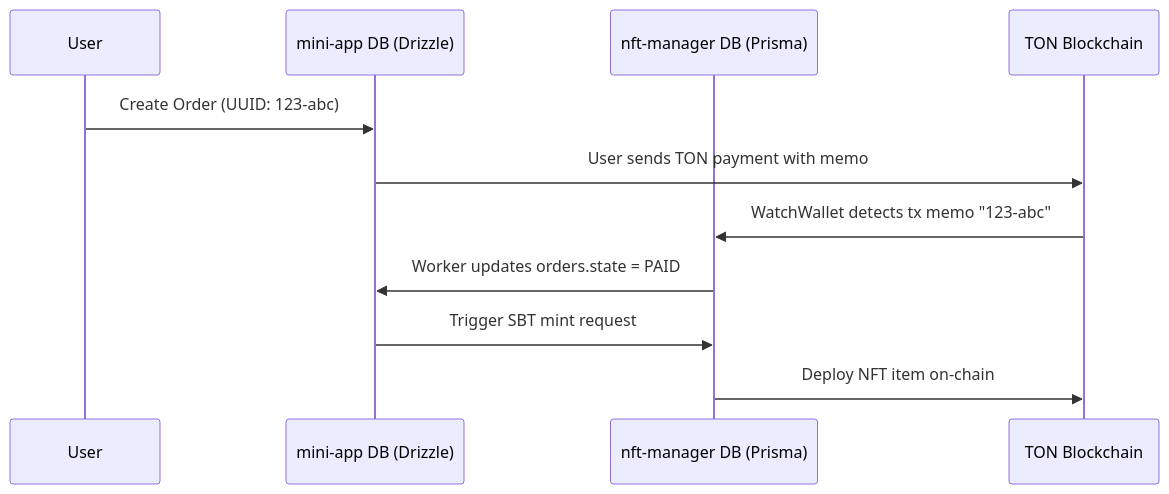
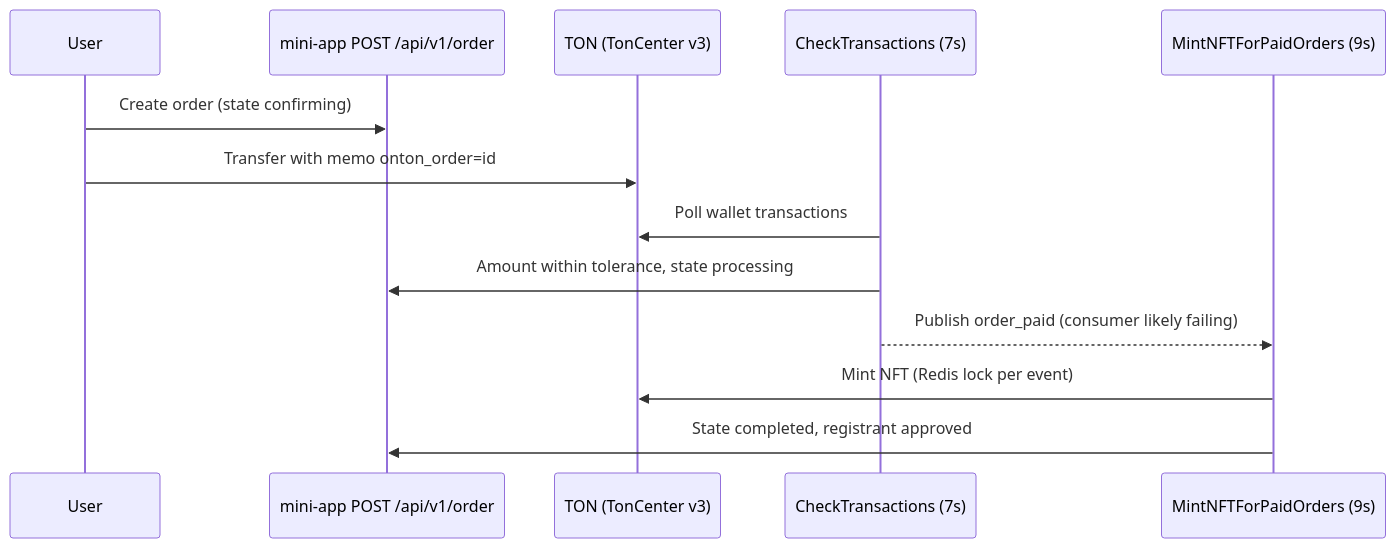
Before and after one commit to ExecutESG/onton: the third of 4 diagrams in knowledge_base/architecture_blueprint.md, drawn with Mermaid. The commit also changed other lines of this file and 41 other files, not shown here.

````diff
--- a/knowledge_base/architecture_blueprint.md
+++ b/knowledge_base/architecture_blueprint.md
@@ -234,14 +181,16 @@
 ```mermaid
 sequenceDiagram
     participant User
-    participant MiniApp as mini-app DB (Drizzle)
-    participant NFTManager as nft-manager DB (Prisma)
-    participant TON as TON Blockchain
+    participant API as mini-app POST /api/v1/order
+    participant Chain as TON (TonCenter v3)
+    participant Pay as CheckTransactions (7s)
+    participant Mint as MintNFTForPaidOrders (9s)
 
-    User->>MiniApp: Create Order (UUID: 123-abc)
-    MiniApp->>TON: User sends TON payment with memo
-    TON->>NFTManager: WatchWallet detects tx memo "123-abc"
-    NFTManager->>MiniApp: Worker updates orders.state = PAID
-    MiniApp->>NFTManager: Trigger SBT mint request
-    NFTManager->>TON: Deploy NFT item on-chain
+    User->>API: Create order (state confirming)
+    User->>Chain: Transfer with memo onton_order=id
+    Pay->>Chain: Poll wallet transactions
+    Pay->>API: Amount within tolerance, state processing
+    Pay-->>Mint: Publish order_paid (consumer likely failing)
+    Mint->>Chain: Mint NFT (Redis lock per event)
+    Mint->>API: State completed, registrant approved
 ```
````
